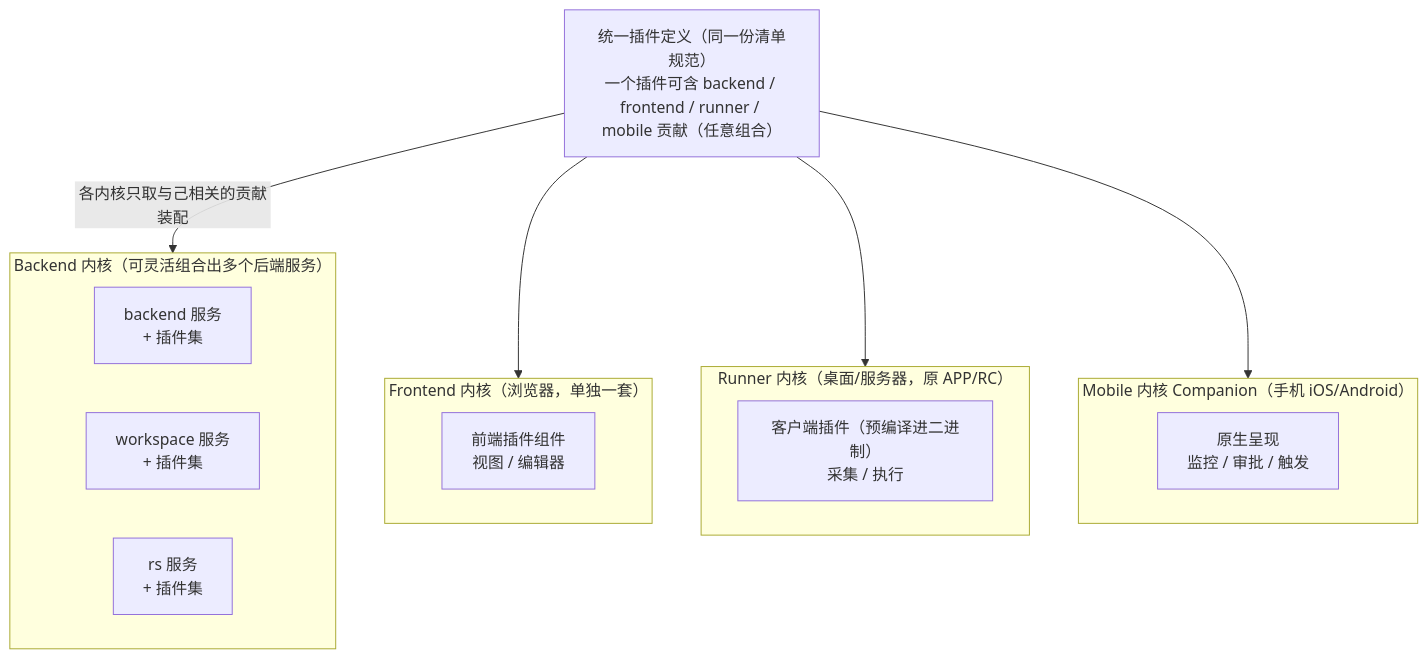
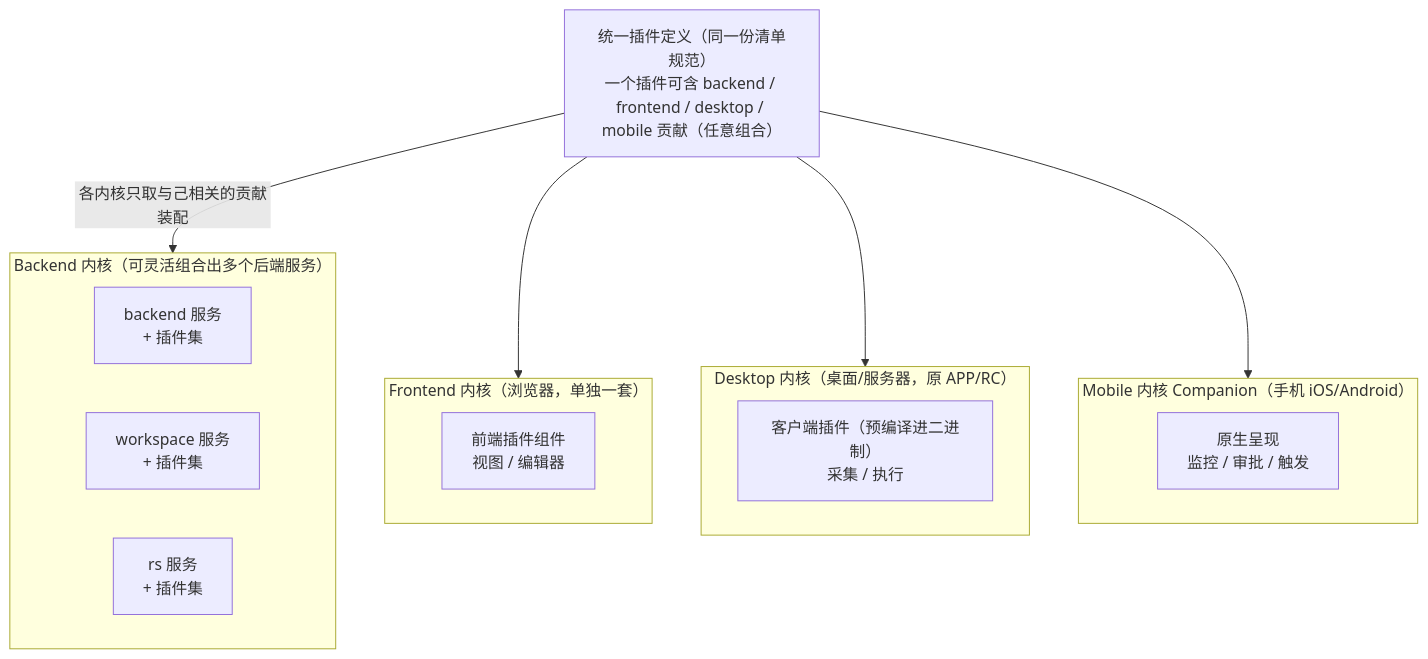
The first of 6 diagrams in docs/dev/architecture/系统架构.md (yandt/VastPlan), drawn with Mermaid before and after one commit. The commit also changed other lines of this file and 137 other files, not shown here.

First line of the commit message:
refactor(kernel): rename runner kernel to desktop

````diff
--- a/docs/dev/architecture/系统架构.md
+++ b/docs/dev/architecture/系统架构.md
@@ -86,29 +86,29 @@
 ```mermaid
 flowchart TB
-  DEF["统一插件定义（同一份清单规范）<br/>一个插件可含 backend / frontend / runner / mobile 贡献（任意组合）"]
+  DEF["统一插件定义（同一份清单规范）<br/>一个插件可含 backend / frontend / desktop / mobile 贡献（任意组合）"]
 
   DEF -->|各内核只取与己相关的贡献装配| BK
   DEF --> WK
   DEF --> RK
 
   subgraph BK["Backend 内核（可灵活组合出多个后端服务）"]
     direction LR
     B1["backend 服务<br/>+ 插件集"]
     B2["workspace 服务<br/>+ 插件集"]
     B3["rs 服务<br/>+ 插件集"]
   end
 
   subgraph WK["Frontend 内核（浏览器，单独一套）"]
     W1["前端插件组件<br/>视图 / 编辑器"]
   end
 
-  subgraph RK["Runner 内核（桌面/服务器，原 APP/RC）"]
+  subgraph RK["Desktop 内核（桌面/服务器，原 APP/RC）"]
     R1["客户端插件（预编译进二进制）<br/>采集 / 执行"]
   end
 
   subgraph MK["Mobile 内核 Companion（手机 iOS/Android）"]
     M1["原生呈现<br/>监控 / 审批 / 触发"]
   end
 
   DEF --> MK
 ```
````
